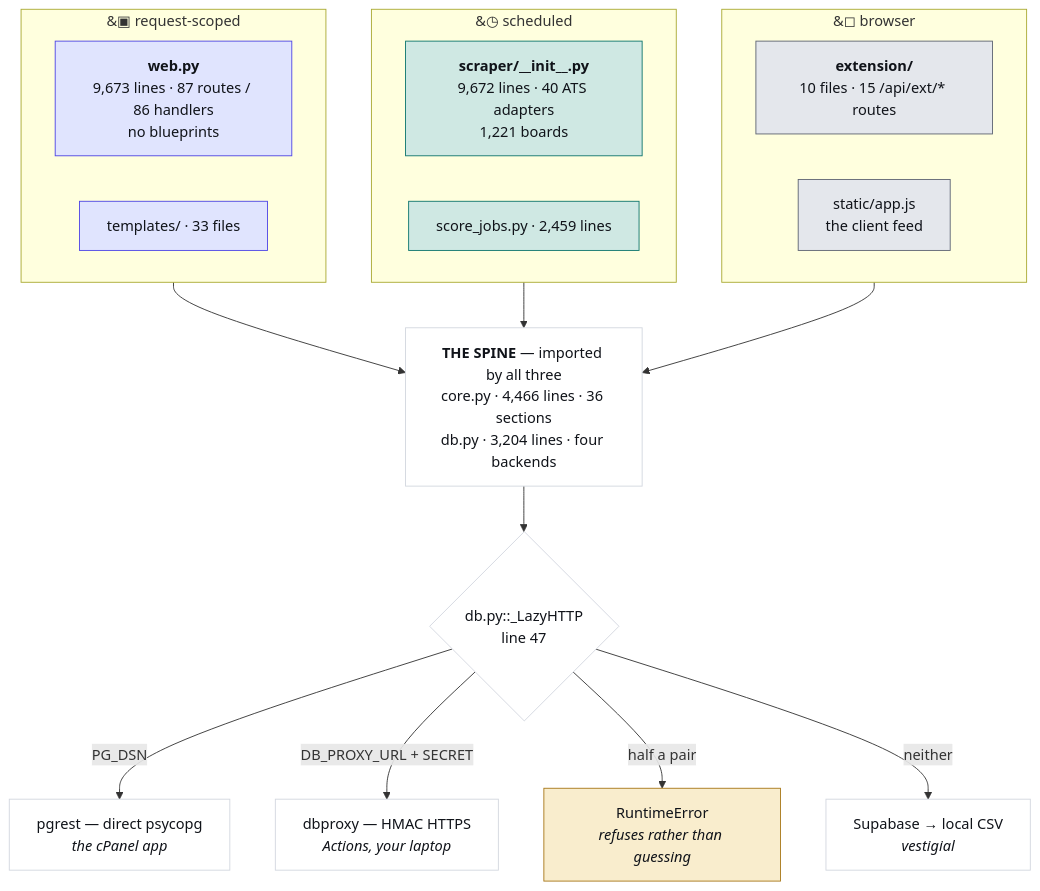
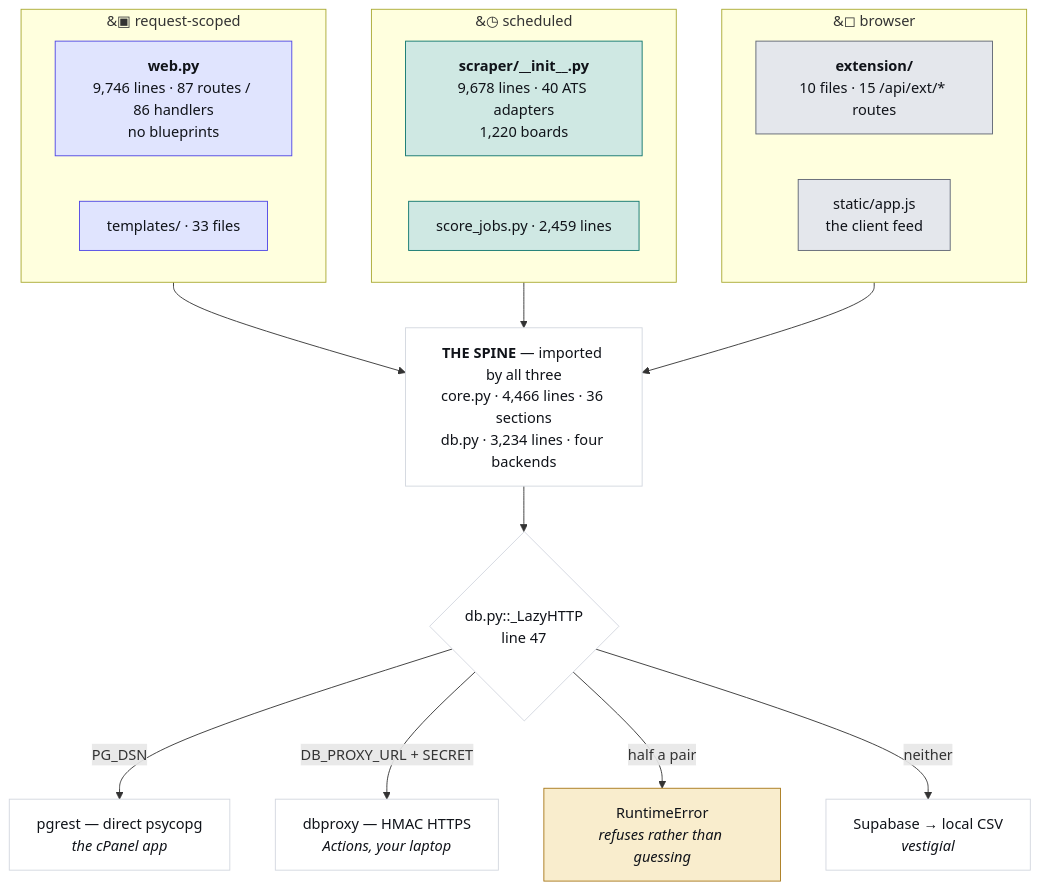
One commit to hadakunal909-debug/job-search-tool changed the first of 4 diagrams in JobMatch Scraper/docs/ARCHITECTURE.md. Above: the diagram before and after it, drawn with Mermaid. The commit also changed other lines of this file and 14 other files, not shown here.

````diff
--- a/JobMatch Scraper/docs/ARCHITECTURE.md
+++ b/JobMatch Scraper/docs/ARCHITECTURE.md
@@ -45,34 +45,34 @@
 ```mermaid
 flowchart TB
   subgraph REQ["&#9635; request-scoped"]
-    W["<b>web.py</b><br/>9,673 lines · 87 routes / 86 handlers<br/>no blueprints"]
+    W["<b>web.py</b><br/>9,746 lines · 87 routes / 86 handlers<br/>no blueprints"]
     T["templates/ · 33 files"]
   end
   subgraph SCH["&#9719; scheduled"]
-    S["<b>scraper/__init__.py</b><br/>9,672 lines · 40 ATS adapters<br/>1,221 boards"]
+    S["<b>scraper/__init__.py</b><br/>9,678 lines · 40 ATS adapters<br/>1,220 boards"]
     J["score_jobs.py · 2,459 lines"]
   end
   subgraph CLI["&#9723; browser"]
     E["<b>extension/</b><br/>10 files · 15 /api/ext/* routes"]
     A["static/app.js<br/>the client feed"]
   end
-  SPINE["<b>THE SPINE</b> — imported by all three<br/>core.py · 4,466 lines · 36 sections<br/>db.py · 3,204 lines · four backends"]
+  SPINE["<b>THE SPINE</b> — imported by all three<br/>core.py · 4,466 lines · 36 sections<br/>db.py · 3,234 lines · four backends"]
   REQ --> SPINE
   SCH --> SPINE
   CLI --> SPINE
   SPINE --> D{"db.py::_LazyHTTP<br/>line 47"}
   D -->|"PG_DSN"| P["pgrest — direct psycopg<br/><i>the cPanel app</i>"]
   D -->|"DB_PROXY_URL + SECRET"| X["dbproxy — HMAC HTTPS<br/><i>Actions, your laptop</i>"]
   D -->|"half a pair"| R["RuntimeError<br/><i>refuses rather than guessing</i>"]
   D -->|"neither"| V["Supabase → local CSV<br/><i>vestigial</i>"]
   classDef web fill:#e0e4fe,stroke:#4f46e5,color:#101319
   classDef sched fill:#cfe8e3,stroke:#0f766e,color:#101319
   classDef client fill:#e4e7ec,stroke:#5f6573,color:#101319
   classDef trap fill:#f9edcd,stroke:#a8781a,color:#101319
   classDef plain fill:#ffffff,stroke:#d3d7df,color:#101319
   class W,T web
   class S,J sched
   class E,A client
   class R trap
   class SPINE,D,P,X,V plain
 ```
````
